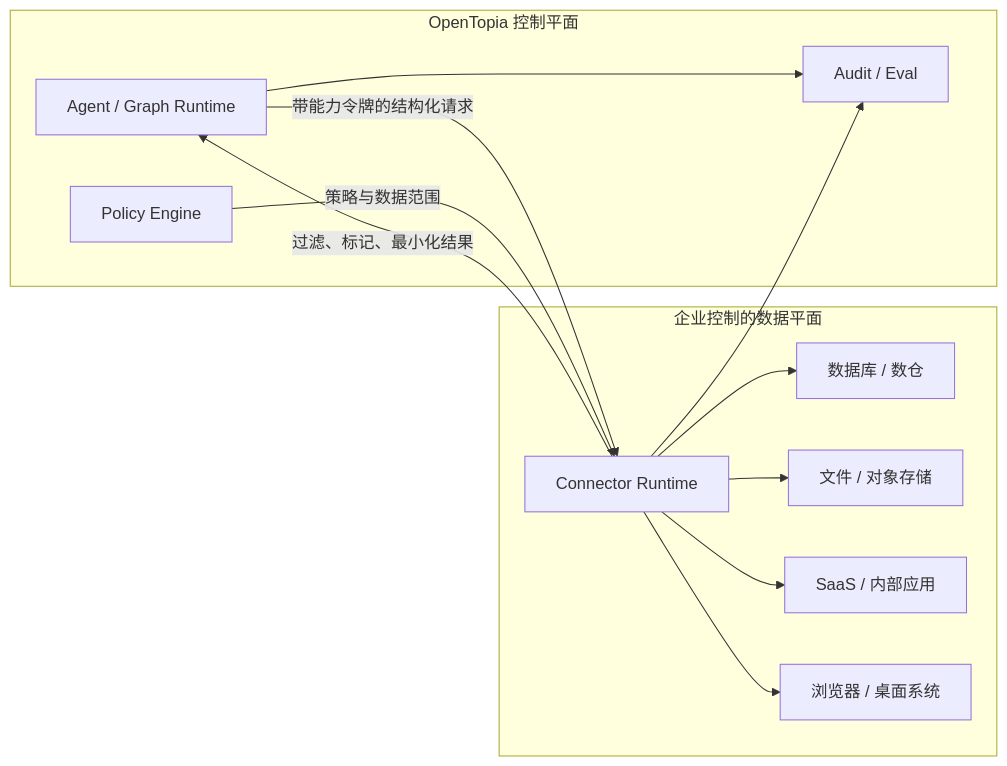
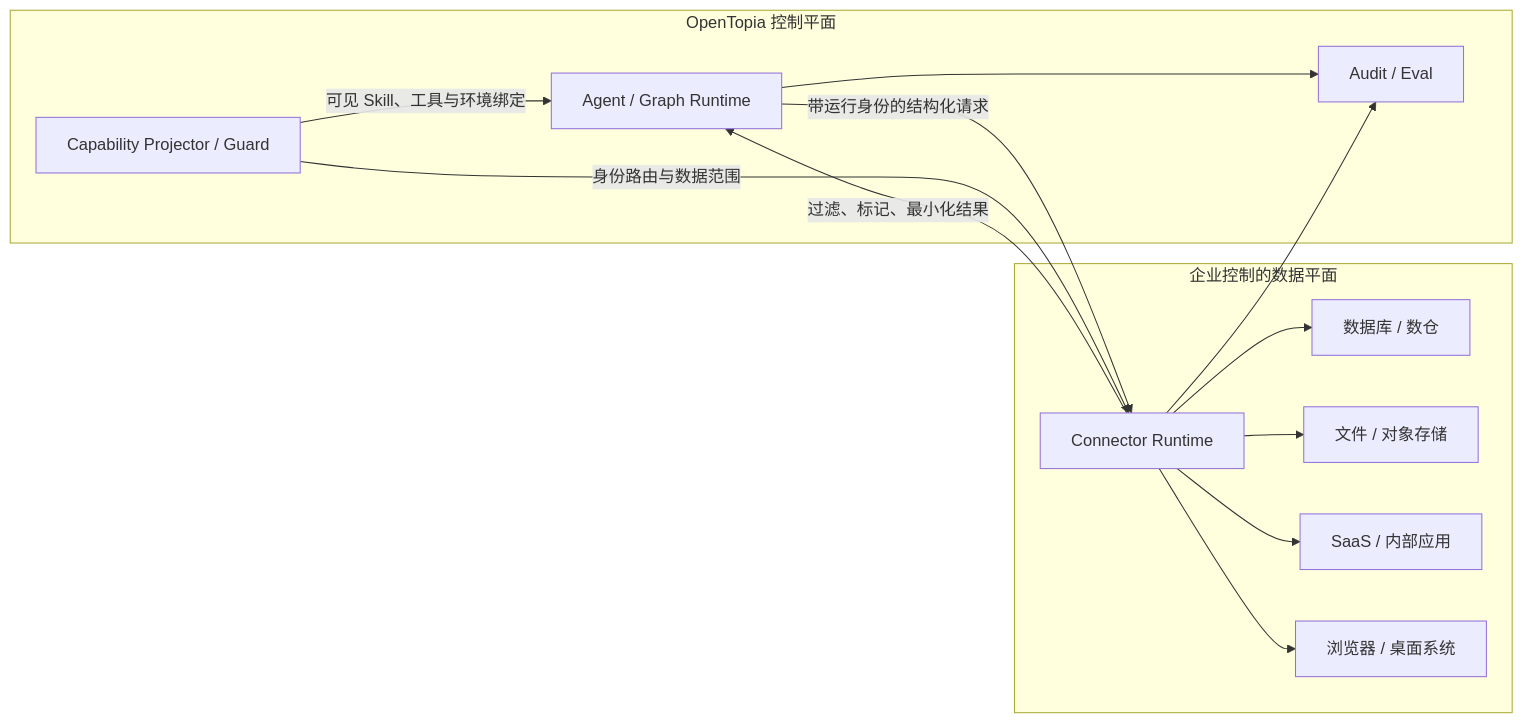
The second of 7 diagrams in docs/enterprise-agent-platform-design-zh-cn.md (StagoMax/OpenTopia), drawn with Mermaid before and after one commit. The commit also changed other lines of this file, not shown here.

First line of the commit message:
docs(architecture): evolve enterprise agent platform design

````diff
--- a/docs/enterprise-agent-platform-design-zh-cn.md
+++ b/docs/enterprise-agent-platform-design-zh-cn.md
@@ -310,26 +332,27 @@
 ```mermaid
 flowchart LR
     subgraph Control["OpenTopia 控制平面"]
         AR["Agent / Graph Runtime"]
-        PE["Policy Engine"]
+        CP["Capability Projector / Guard"]
         AU["Audit / Eval"]
     end
 
     subgraph Enterprise["企业控制的数据平面"]
         CR["Connector Runtime"]
         DB["数据库 / 数仓"]
         FS["文件 / 对象存储"]
         APP["SaaS / 内部应用"]
         UI["浏览器 / 桌面系统"]
     end
 
-    AR -->|"带能力令牌的结构化请求"| CR
-    PE -->|"策略与数据范围"| CR
+    CP -->|"可见 Skill、工具与环境绑定"| AR
+    AR -->|"带运行身份的结构化请求"| CR
+    CP -->|"身份路由与数据范围"| CR
     CR --> DB
     CR --> FS
     CR --> APP
     CR --> UI
     CR -->|"过滤、标记、最小化结果"| AR
     AR --> AU
     CR --> AU
 ```
````
